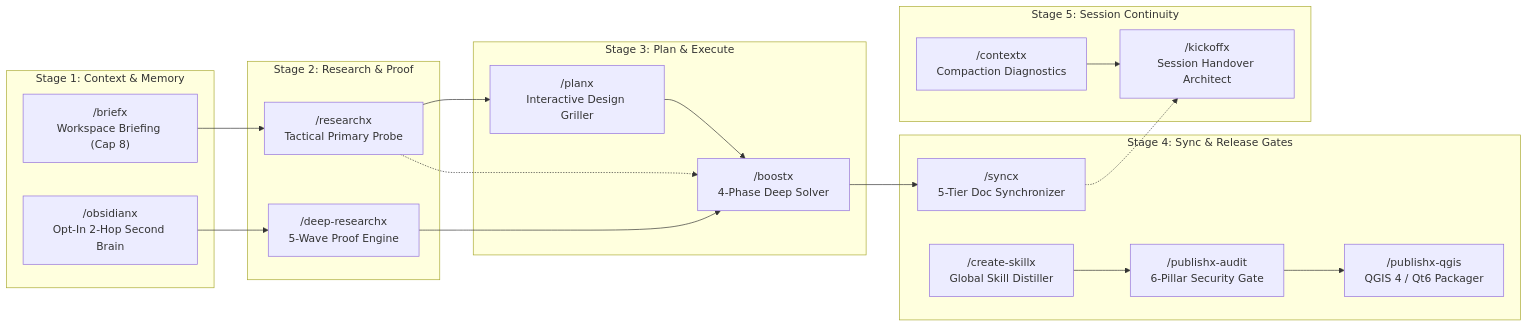
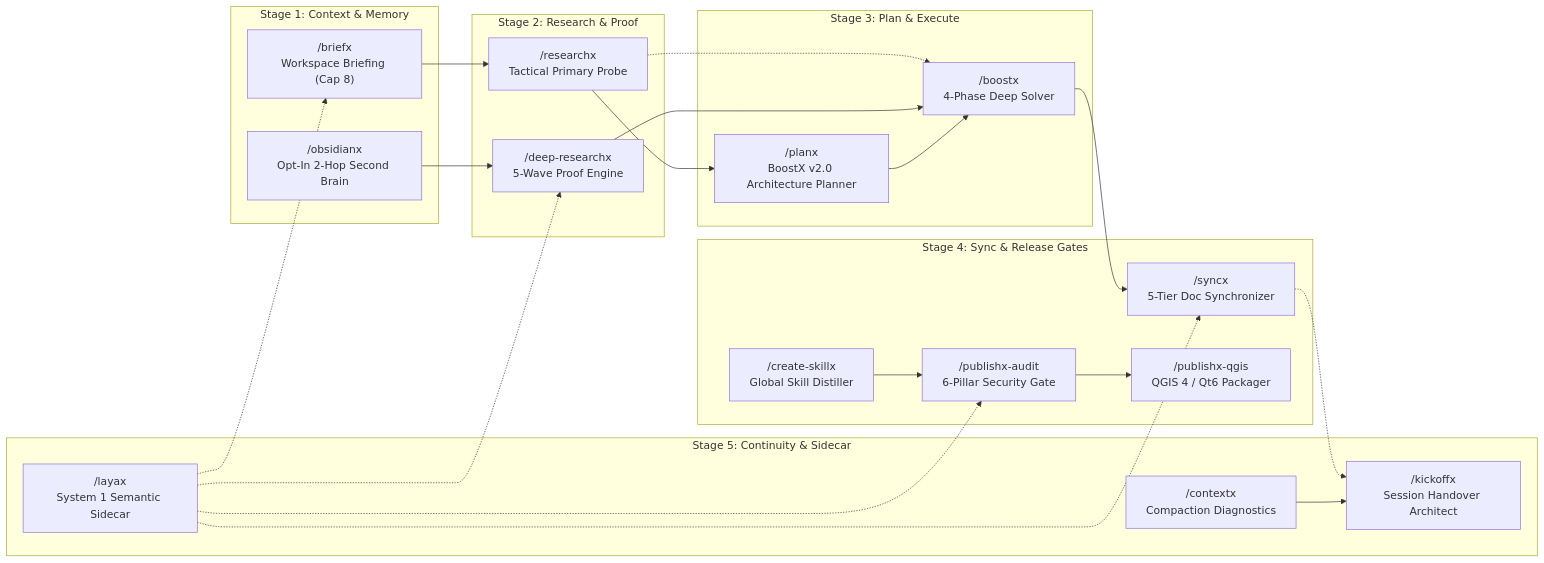
Before and after one commit to iscvlab/boostx: the first of 2 diagrams in README.md, drawn with Mermaid. The commit also changed other lines of this file and 24 other files, not shown here.

Commit message:
feat(boostx): sync 13-skill suite (/layax, /planx v2.0, 6 CLI engines) and fix install docs

````diff
--- a/README.md
+++ b/README.md
@@ -28,37 +28,42 @@
 ```mermaid
 graph LR
     subgraph S1["Stage 1: Context & Memory"]
         BX["/briefx<br>Workspace Briefing (Cap 8)"]
         OX["/obsidianx<br>Opt-In 2-Hop Second Brain"]
     end
     subgraph S2["Stage 2: Research & Proof"]
         RX["/researchx<br>Tactical Primary Probe"]
         DRX["/deep-researchx<br>5-Wave Proof Engine"]
     end
     subgraph S3["Stage 3: Plan & Execute"]
-        PLX["/planx<br>Interactive Design Griller"]
+        PLX["/planx<br>BoostX v2.0 Architecture Planner"]
         BSX["/boostx<br>4-Phase Deep Solver"]
     end
     subgraph S4["Stage 4: Sync & Release Gates"]
         SX["/syncx<br>5-Tier Doc Synchronizer"]
         CSX["/create-skillx<br>Global Skill Distiller"]
         PAX["/publishx-audit<br>6-Pillar Security Gate"]
         PQX["/publishx-qgis<br>QGIS 4 / Qt6 Packager"]
     end
-    subgraph S5["Stage 5: Session Continuity"]
+    subgraph S5["Stage 5: Continuity & Sidecar"]
         CTX["/contextx<br>Compaction Diagnostics"]
         KOX["/kickoffx<br>Session Handover Architect"]
+        LX["/layax<br>System 1 Semantic Sidecar"]
     end
 
     BX --> RX
     OX --> DRX
     RX --> PLX
     RX -.-> BSX
     DRX --> BSX
     PLX --> BSX
     BSX --> SX
     CSX --> PAX
     PAX --> PQX
     SX -.-> KOX
     CTX --> KOX
+    LX -.-> BX
+    LX -.-> DRX
+    LX -.-> SX
+    LX -.-> PAX
 ```
````
